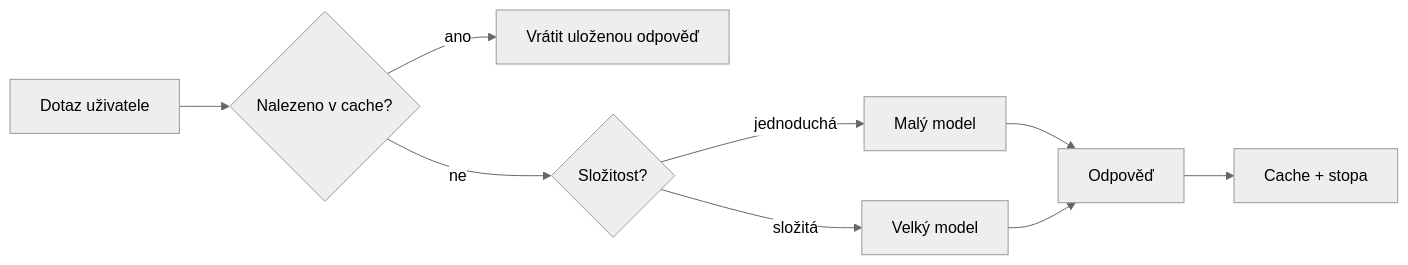
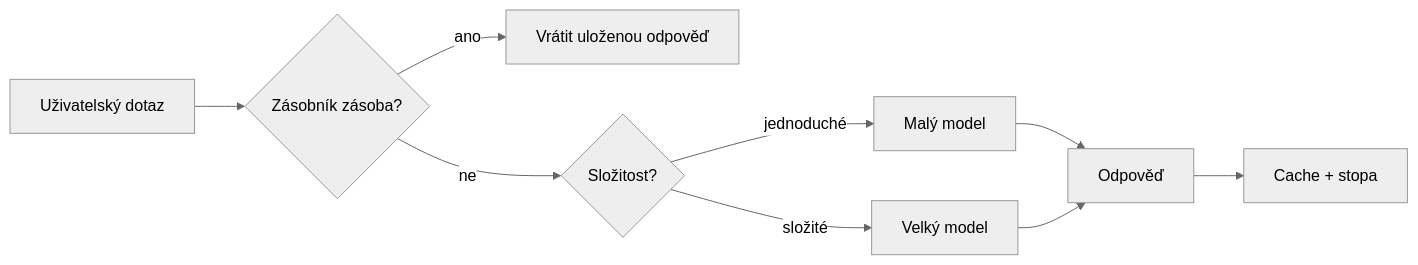
The third of 4 diagrams in translations/cs/16-deploying-scalable-agents/README.md (microsoft/ai-agents-for-beginners), drawn with Mermaid (neutral theme) before and after one commit. The commit also changed other lines of this file and 47 other files, not shown here.

````diff
--- a/translations/cs/16-deploying-scalable-agents/README.md
+++ b/translations/cs/16-deploying-scalable-agents/README.md
@@ -134,11 +134,11 @@
 ```mermaid
 flowchart LR
-    Q[Dotaz uživatele] --> C{Nalezeno v cache?}
+    Q[Uživatelský dotaz] --> C{Zásobník zásoba?}
     C -->|ano| R[Vrátit uloženou odpověď]
     C -->|ne| Router{Složitost?}
-    Router -->|jednoduchá| SLM[Malý model]
-    Router -->|složitá| LLM[Velký model]
+    Router -->|jednoduché| SLM[Malý model]
+    Router -->|složité| LLM[Velký model]
     SLM --> Out[Odpověď]
     LLM --> Out
     Out --> Store[Cache + stopa]
 ```
````
